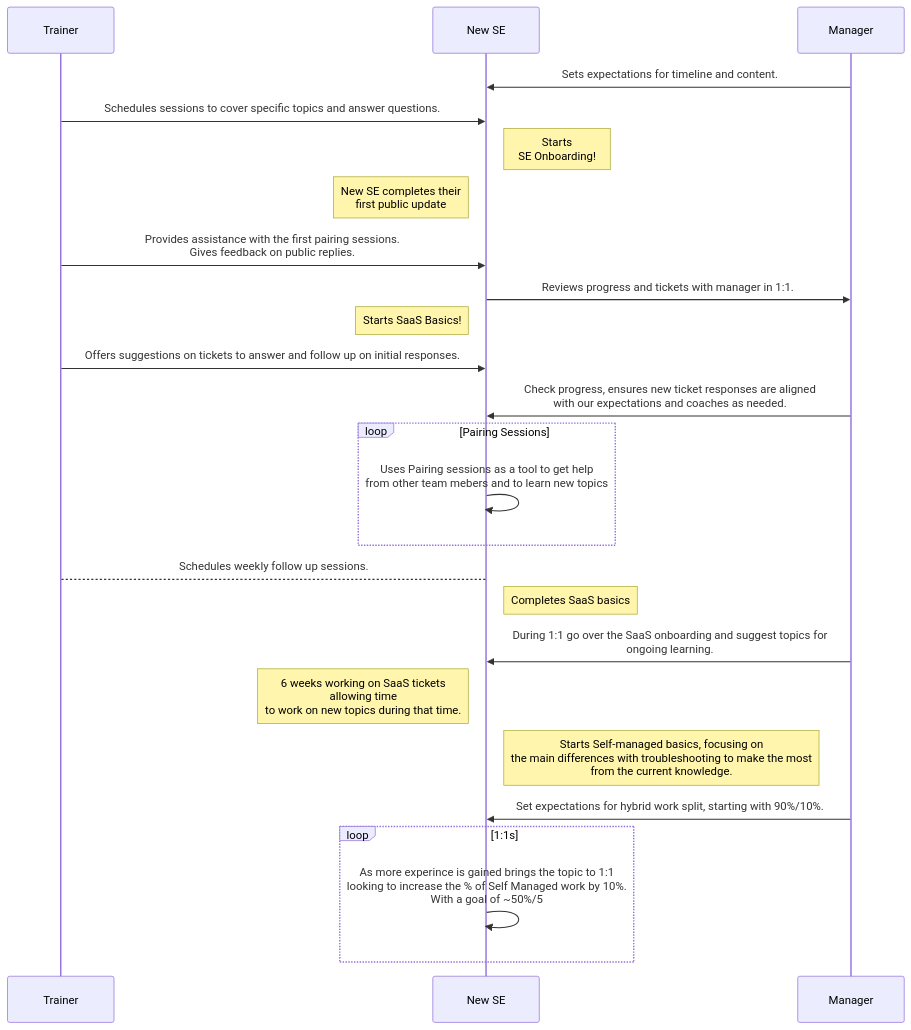
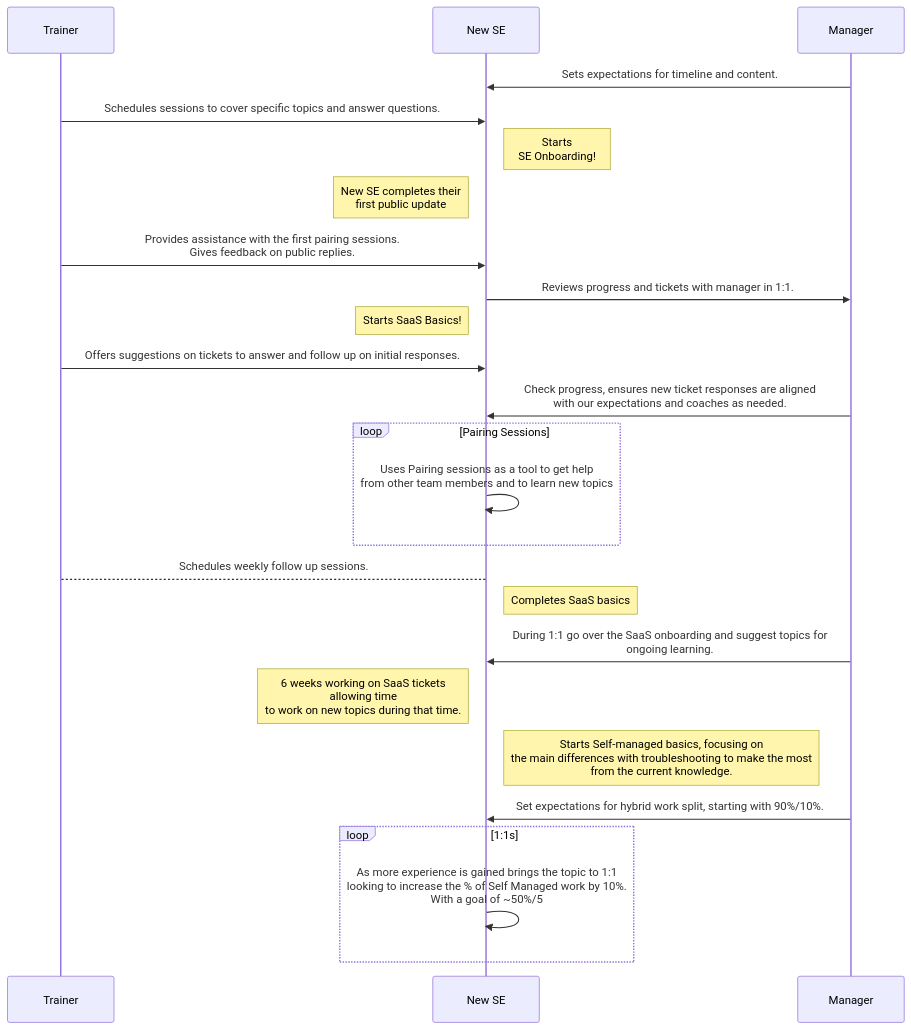
The diagram in support/training/index.html.md (secretstartups/handbook), drawn with Mermaid before and after one commit. The commit also changed 9 other files, not shown here.

````diff
--- a/support/training/index.html.md
+++ b/support/training/index.html.md
@@ -31,35 +31,35 @@
 ```mermaid
 sequenceDiagram
     participant Trainer
     participant New SE
     participant Manager
 
     Manager->>New SE: Sets expectations for timeline and content.
     Trainer->>New SE: Schedules sessions to cover specific topics and answer questions.
     Note right of New SE: Starts <br/>SE Onboarding!
     Note left of New SE: New SE completes their <br/>first public update
     Trainer->>New SE: Provides assistance with the first pairing sessions.<br/>Gives feedback on public replies.
     New SE->>Manager: Reviews progress and tickets with manager in 1:1.
     Note left of New SE: Starts SaaS Basics!
     Trainer->>New SE: Offers suggestions on tickets to answer and follow up on initial responses.
 
     Manager->>New SE: Check progress, ensures new ticket responses are aligned<br/> with our expectations and coaches as needed.
 
     loop Pairing Sessions
-        New SE->>New SE: Uses Pairing sessions as a tool to get help<br/>from other team mebers and to learn new topics
+        New SE->>New SE: Uses Pairing sessions as a tool to get help<br/>from other team members and to learn new topics
     end
 
     Trainer-->New SE: Schedules weekly follow up sessions.
 
 
     Note right of New SE: Completes SaaS basics
     Manager->>New SE: During 1:1 go over the SaaS onboarding and suggest topics for<br/>ongoing learning.
     Note left of New SE: 6 weeks working on SaaS tickets<br/>allowing time<br/> to work on new topics during that time.
     Note right of New SE: Starts Self-managed basics, focusing on <br/> the main differences with troubleshooting to make the most <br/> from the current  knowledge.
 
     Manager->>New SE: Set expectations for hybrid work split, starting with 90%/10%.
 
     loop 1:1s
-        New SE->>New SE: As more experince is gained brings the topic to 1:1<br/>looking to increase the % of Self Managed work by 10%.<br/>With a goal of ~50%/5
+        New SE->>New SE: As more experience is gained brings the topic to 1:1<br/>looking to increase the % of Self Managed work by 10%.<br/>With a goal of ~50%/5
     end
 ```
````
